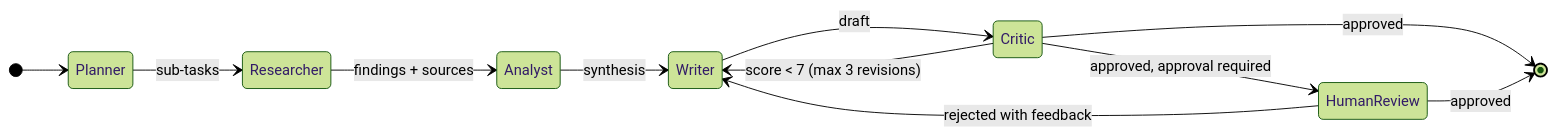
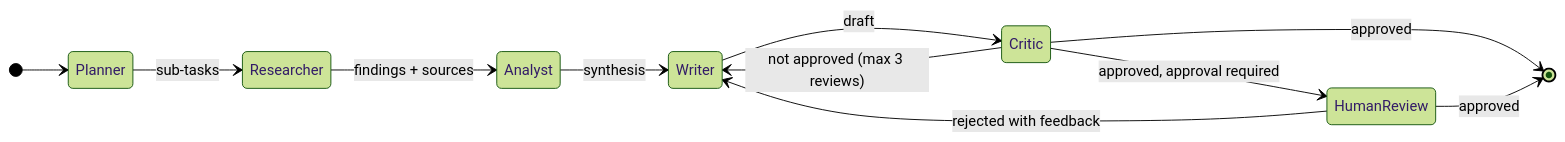
One commit to Anikate001/Multi-Agent-System-Architechture changed the second of 2 diagrams in README.md. Above: the diagram before and after it, drawn with Mermaid (forest theme). The commit also changed other lines of this file and 10 other files, not shown here.

````diff
--- a/README.md
+++ b/README.md
@@ -50,14 +50,14 @@
 ```mermaid
 stateDiagram-v2
     direction LR
     [*] --> Planner
     Planner --> Researcher: sub-tasks
     Researcher --> Analyst: findings + sources
     Analyst --> Writer: synthesis
     Writer --> Critic: draft
-    Critic --> Writer: score < 7 (max 3 revisions)
+    Critic --> Writer: not approved (max 3 reviews)
     Critic --> HumanReview: approved, approval required
     Critic --> [*]: approved
     HumanReview --> Writer: rejected with feedback
     HumanReview --> [*]: approved
 ```
````
